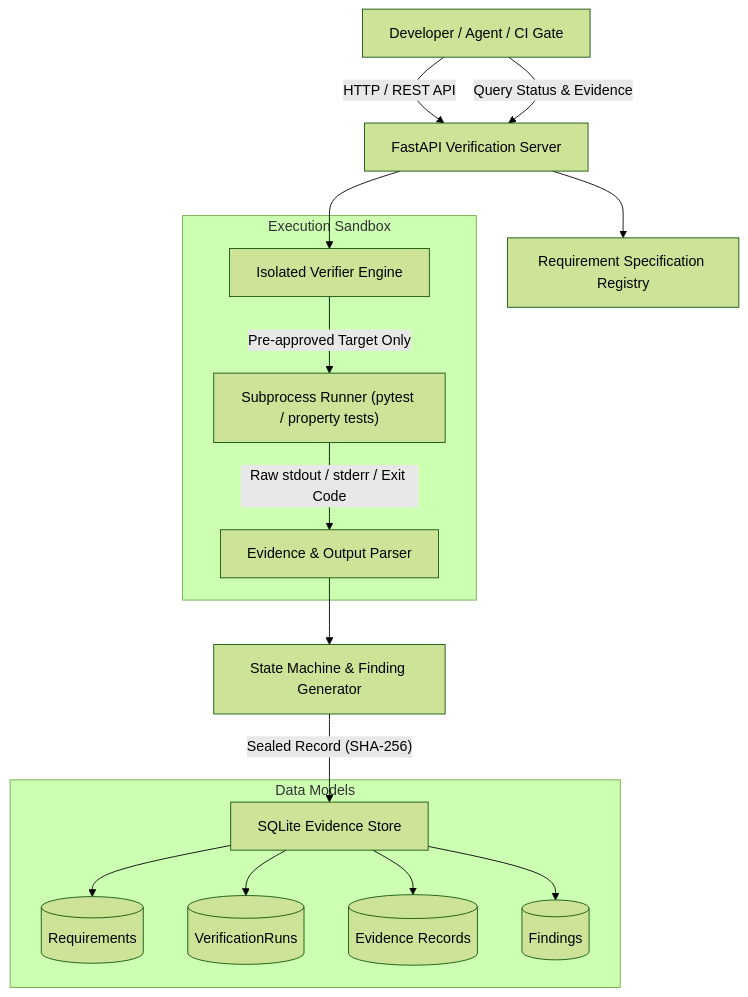
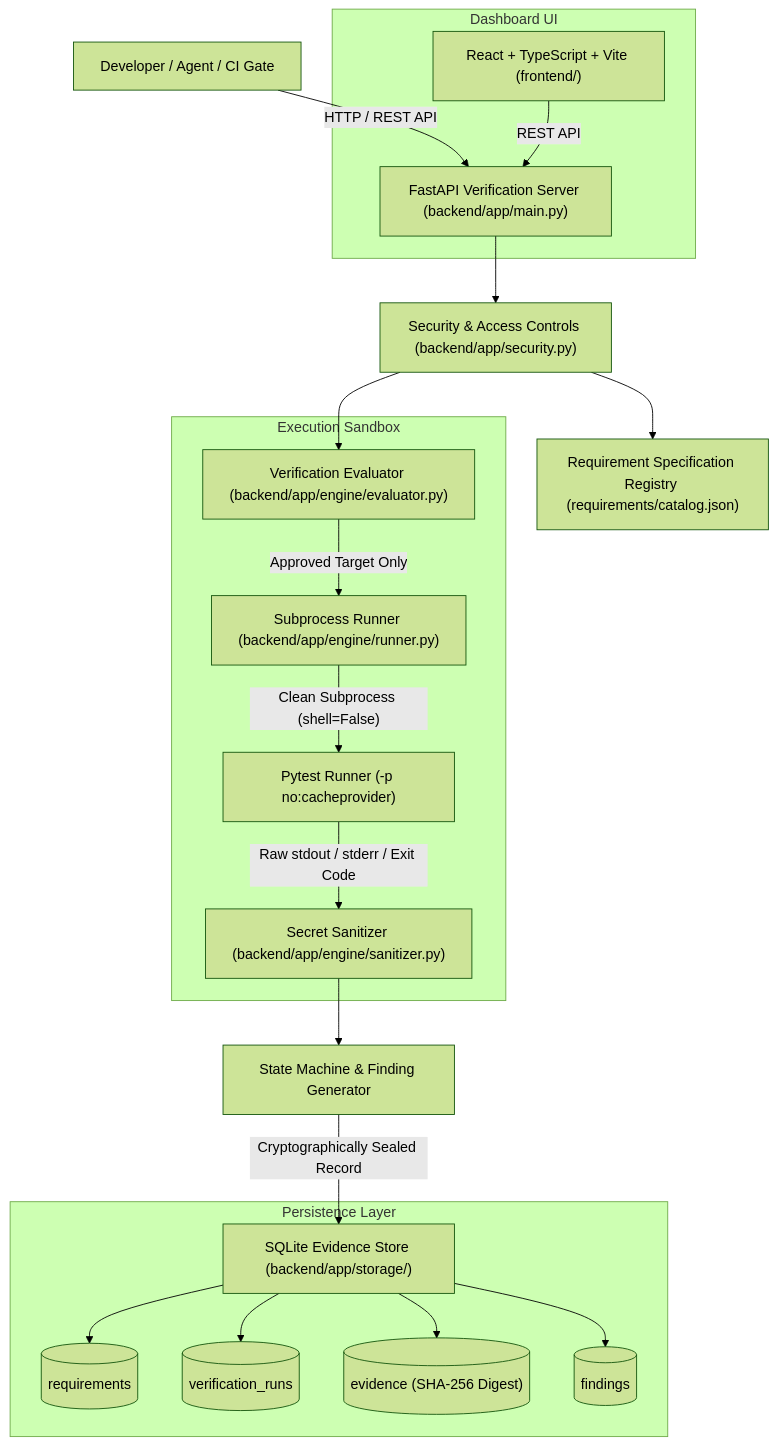
The first of 2 diagrams in docs/architecture.md (ganesh-pirinti/kiroween-hacthon), drawn with Mermaid (forest theme) before and after one commit. The commit also changed other lines of this file and 4 other files, not shown here.

Commit message:
docs(phase1): establish baseline SRS requirements, architecture spec, and env template

````diff
--- a/docs/architecture.md
+++ b/docs/architecture.md
@@ -33,23 +34,27 @@
 ```mermaid
 flowchart TD
-    Client["Developer / Agent / CI Gate"] -->|"HTTP / REST API"| FastApiApp["FastAPI Verification Server"]
-    FastApiApp --> Registry["Requirement Specification Registry"]
-    FastApiApp --> RunnerEngine["Isolated Verifier Engine"]
+    Client["Developer / Agent / CI Gate"] -->|"HTTP / REST API"| FastApiApp["FastAPI Verification Server (backend/app/main.py)"]
+    FastApiApp --> Security["Security & Access Controls (backend/app/security.py)"]
+    Security --> Registry["Requirement Specification Registry (requirements/catalog.json)"]
+    Security --> VerifierEngine["Verification Evaluator (backend/app/engine/evaluator.py)"]
     
     subgraph Execution Sandbox
-        RunnerEngine -->|"Pre-approved Target Only"| SubprocessRunner["Subprocess Runner (pytest / property tests)"]
-        SubprocessRunner -->|"Raw stdout / stderr / Exit Code"| OutputParser["Evidence & Output Parser"]
+        VerifierEngine -->|"Approved Target Only"| SubprocessRunner["Subprocess Runner (backend/app/engine/runner.py)"]
+        SubprocessRunner -->|"Clean Subprocess (shell=False)"| Pytest["Pytest Runner (-p no:cacheprovider)"]
+        Pytest -->|"Raw stdout / stderr / Exit Code"| OutputSanitizer["Secret Sanitizer (backend/app/engine/sanitizer.py)"]
     end
     
-    OutputParser --> StateEvaluator["State Machine & Finding Generator"]
-    StateEvaluator -->|"Sealed Record (SHA-256)"| Storage["SQLite Evidence Store"]
+    OutputSanitizer --> StateEvaluator["State Machine & Finding Generator"]
+    StateEvaluator -->|"Cryptographically Sealed Record"| Storage["SQLite Evidence Store (backend/app/storage/)"]
     
-    subgraph Data Models
-        Storage --> ReqTable[("Requirements")]
-        Storage --> RunTable[("VerificationRuns")]
-        Storage --> EvTable[("Evidence Records")]
-        Storage --> FindingTable[("Findings")]
+    subgraph Persistence Layer
+        Storage --> ReqTable[("requirements")]
+        Storage --> RunTable[("verification_runs")]
+        Storage --> EvTable[("evidence (SHA-256 Digest)")]
+        Storage --> FindingTable[("findings")]
     end
     
-    Client -->|"Query Status & Evidence"| FastApiApp
+    subgraph Dashboard UI
+        FrontendApp["React + TypeScript + Vite (frontend/)"] -->|"REST API"| FastApiApp
+    end
 ```
````
